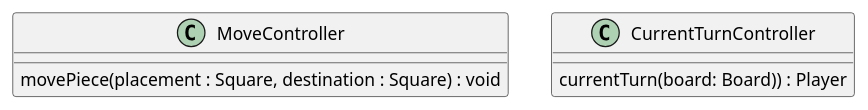
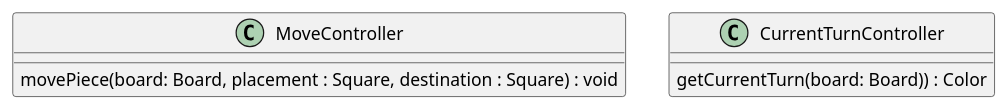
One commit to Sttanyanz/endgame-notebook changed the diagram in uml/analysisController.puml. Above: the diagram before and after it, drawn with PlantUML.

Commit message:
docs: edited UML for controllers

```diff
--- a/uml/analysisController.puml
+++ b/uml/analysisController.puml
@@ -1,14 +1,14 @@
 @startuml
 
 class MoveController
 class CurrentTurnController
 
 class MoveController{
-    movePiece(placement : Square, destination : Square) : void
+    movePiece(board: Board, placement : Square, destination : Square) : void
 }
 
 class CurrentTurnController {
-    currentTurn(board: Board)) : Player
+    getCurrentTurn(board: Board)) : Color
 }
 
 @enduml
```
